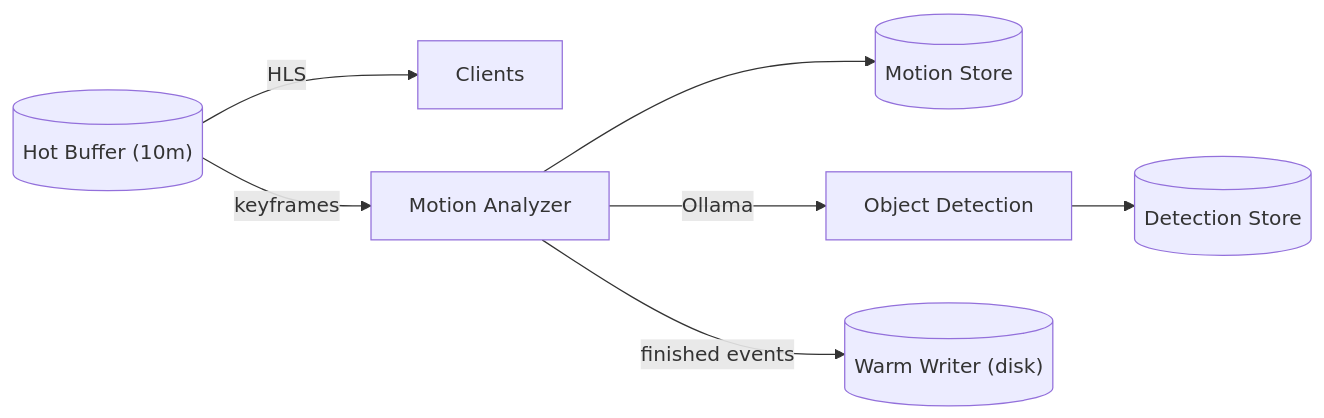
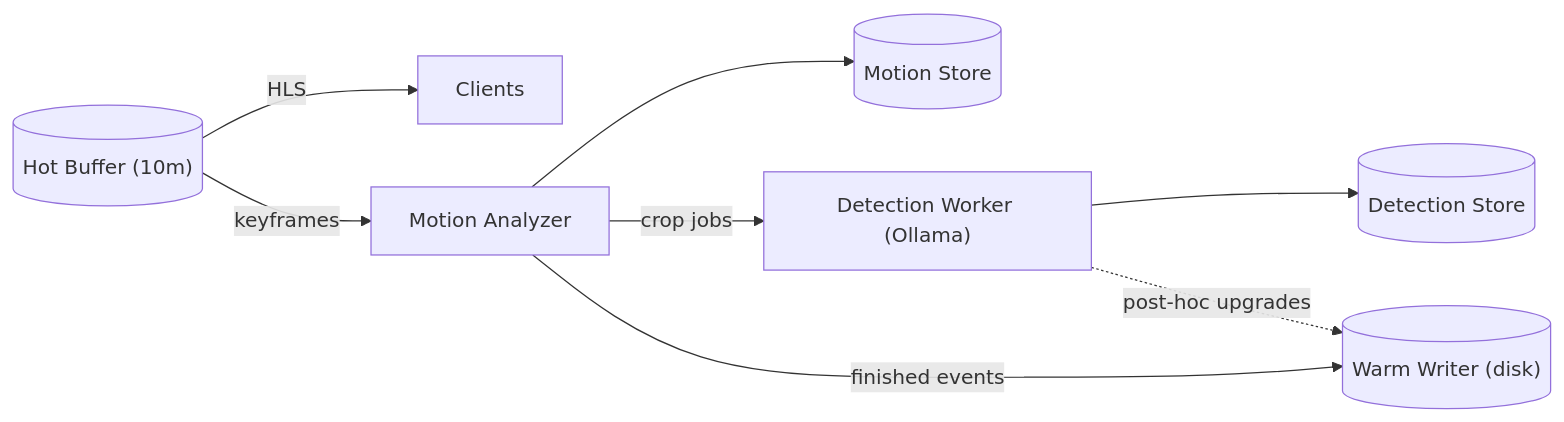
The second of 5 diagrams in README.md (nsg/camon), drawn with Mermaid before and after one commit. The commit also changed other lines of this file and 12 other files, not shown here.

````diff
--- a/README.md
+++ b/README.md
@@ -26,7 +26,8 @@
 ```mermaid
 flowchart LR
   HotBuffer[("Hot Buffer (10m)")] -->|HLS| Clients
   HotBuffer -->|keyframes| MA["Motion Analyzer"] --> MS[("Motion Store")]
-  MA -->|Ollama| OD["Object Detection"] --> DS[("Detection Store")]
+  MA -->|crop jobs| OD["Detection Worker (Ollama)"] --> DS[("Detection Store")]
   MA -->|finished events| WW[("Warm Writer (disk)")]
+  OD -.->|post-hoc upgrades| WW
 ```
````
